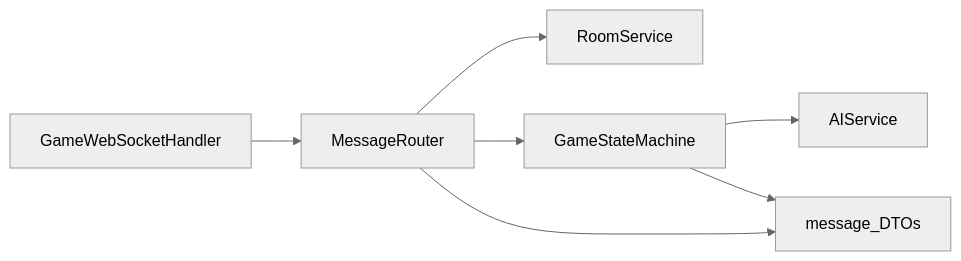
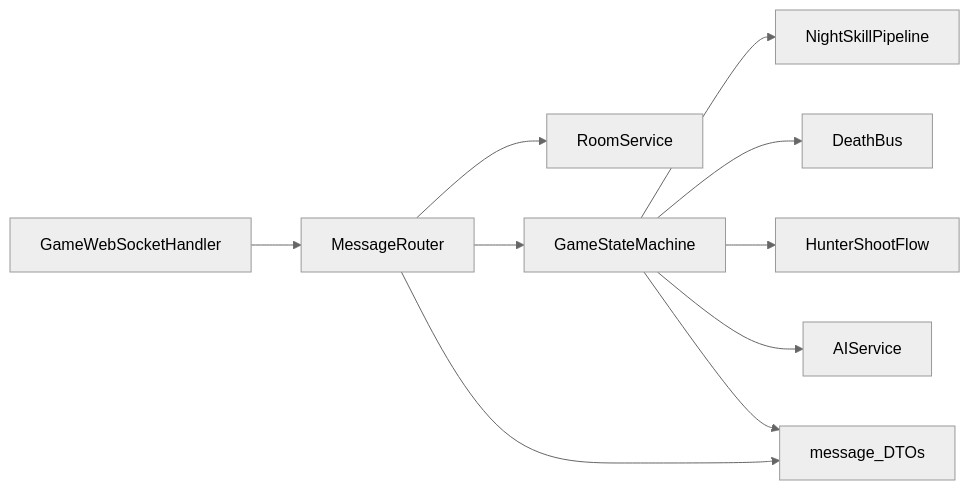
Before and after one commit to LMH7/werewolf-engine: the third of 8 diagrams in docs/architecture-design-spec.md, drawn with Mermaid (neutral theme). The commit also changed other lines of this file and 30 other files, not shown here.

Commit message:
refactor: narrow DeathBus, hunter flow, and night pipeline

````diff
--- a/docs/architecture-design-spec.md
+++ b/docs/architecture-design-spec.md
@@ -143,16 +149,22 @@
 ```mermaid
 flowchart LR
   WSHandler[GameWebSocketHandler]
   Router[MessageRouter]
   RoomSvc[RoomService]
   SM[GameStateMachine]
+  Pipe[NightSkillPipeline]
+  Bus[DeathBus]
+  Hunt[HunterShootFlow]
   AI[AIService]
   DTO[message_DTOs]
 
   WSHandler --> Router
   Router --> RoomSvc
   Router --> SM
+  SM --> Pipe
+  SM --> Bus
+  SM --> Hunt
   SM --> AI
   Router --> DTO
   SM --> DTO
 ```
````
